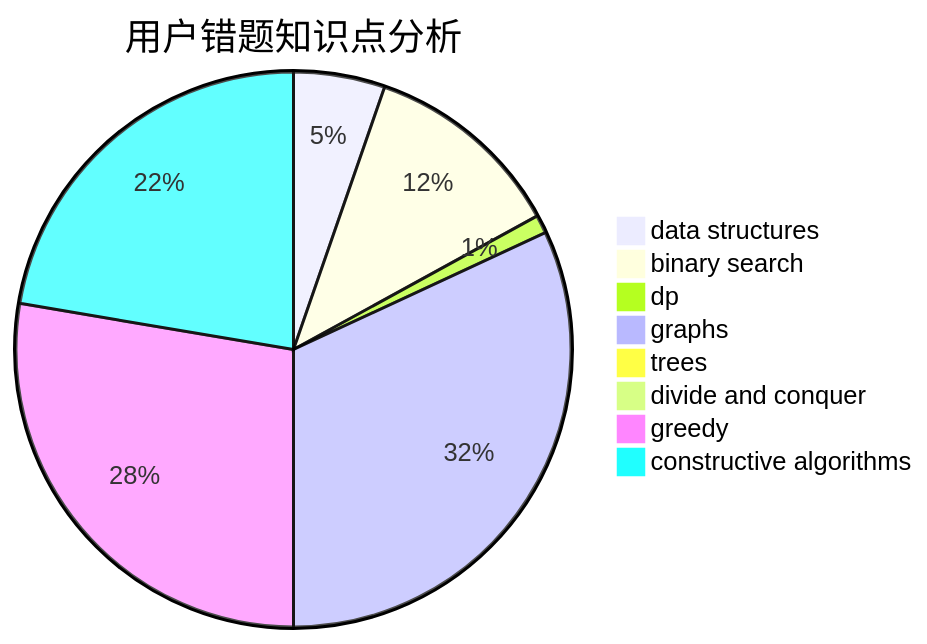
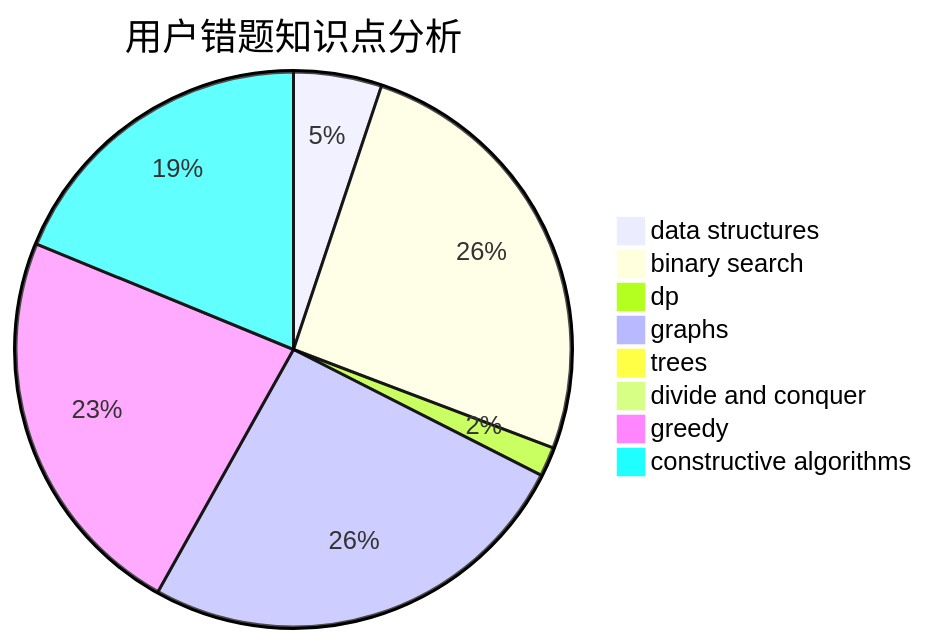
Before and after one commit to sherpahu/cfrs.github.io: the third of 3 diagrams in docs/user/u997.md, drawn with Mermaid. The commit also changed other lines of this file and 2770 other files, not shown here.

````diff
--- a/docs/user/u997.md
+++ b/docs/user/u997.md
@@ -36,11 +36,11 @@
 ```mermaid
 pie title 用户错题知识点分析
-    "data structures" :  5
-    "binary search" :  11
-    "dp" :  1
+    "data structures" :  6
+    "binary search" :  30
+    "dp" :  2
     "graphs" :  30
     "trees" :  0
     "divide and conquer" :  0
-    "greedy" :  26
-    "constructive algorithms" :  21
+    "greedy" :  27
+    "constructive algorithms" :  22
 ```
````
